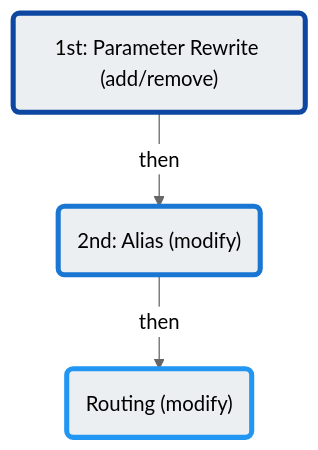
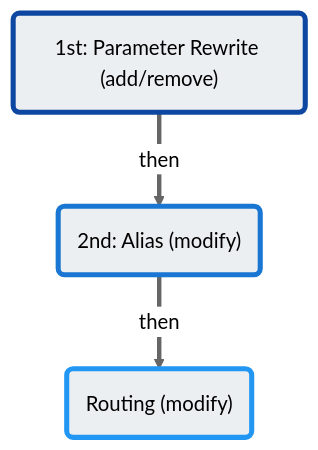
Before and after one commit to connexcs/docs: the diagram in docs/number-manipulation.md, drawn with Mermaid (neutral theme).

````diff
--- a/docs/number-manipulation.md
+++ b/docs/number-manipulation.md
@@ -4,7 +4,7 @@
 ```mermaid
 graph TD
-A("1st: Parameter Rewrite (add/remove)") -->|then| B("2nd: Alias (modify)") -->|then| C("Routing (modify)")
+A("1st: Parameter Rewrite (add/remove)") ==then==> B("2nd: Alias (modify)") ==then==> C("Routing (modify)")
 style A fill:#ECEFF1,stroke:#0D47A1,stroke-width:4px
 style B fill:#ECEFF1,stroke:#1976D2,stroke-width:4px
 style C fill:#ECEFF1,stroke:#2196F3,stroke-width:4px
 ```
````
